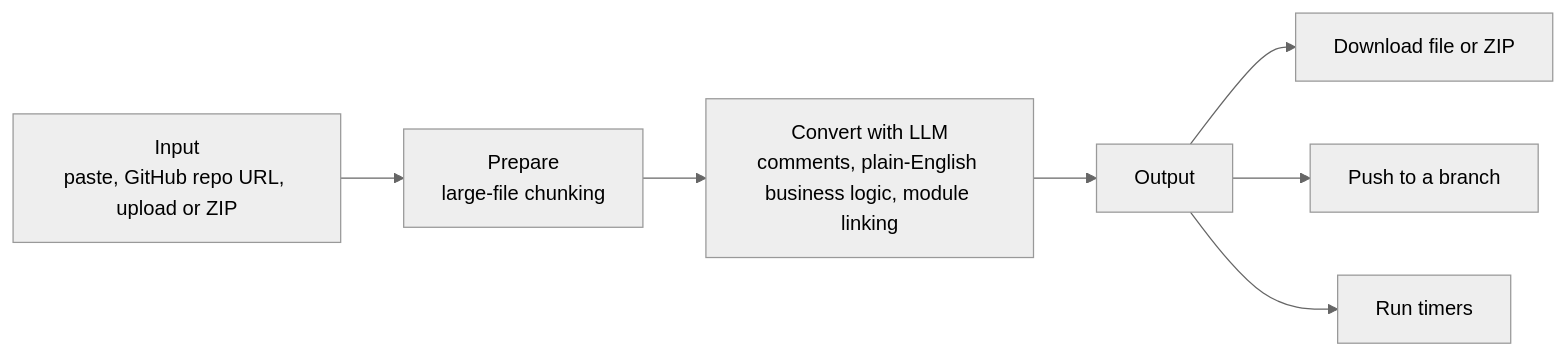
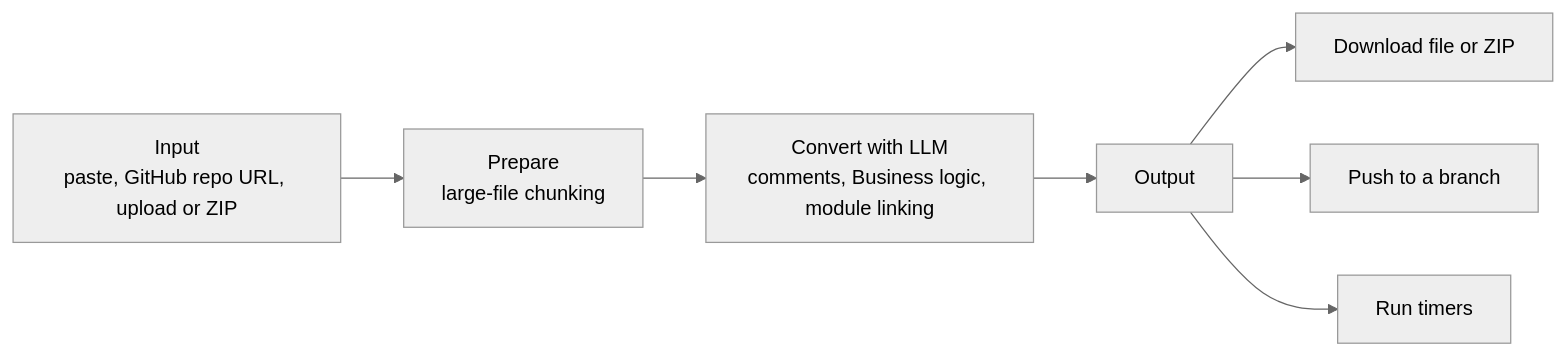
The second of 2 diagrams in README.md (manasa123104/agentic-ai-chatbot), drawn with Mermaid (neutral theme) before and after one commit. The commit also changed other lines of this file, not shown here.

````diff
--- a/README.md
+++ b/README.md
@@ -35,9 +35,9 @@
 ```mermaid
 flowchart LR
     IN["Input<br/>paste, GitHub repo URL, upload or ZIP"] --> PRE["Prepare<br/>large-file chunking"]
-    PRE --> CONV["Convert with LLM<br/>comments, plain-English business logic, module linking"]
+    PRE --> CONV["Convert with LLM<br/>comments, Business logic, module linking"]
     CONV --> OUT["Output"]
     OUT --> D["Download file or ZIP"]
     OUT --> PU["Push to a branch"]
     OUT --> T["Run timers"]
 ```
````
